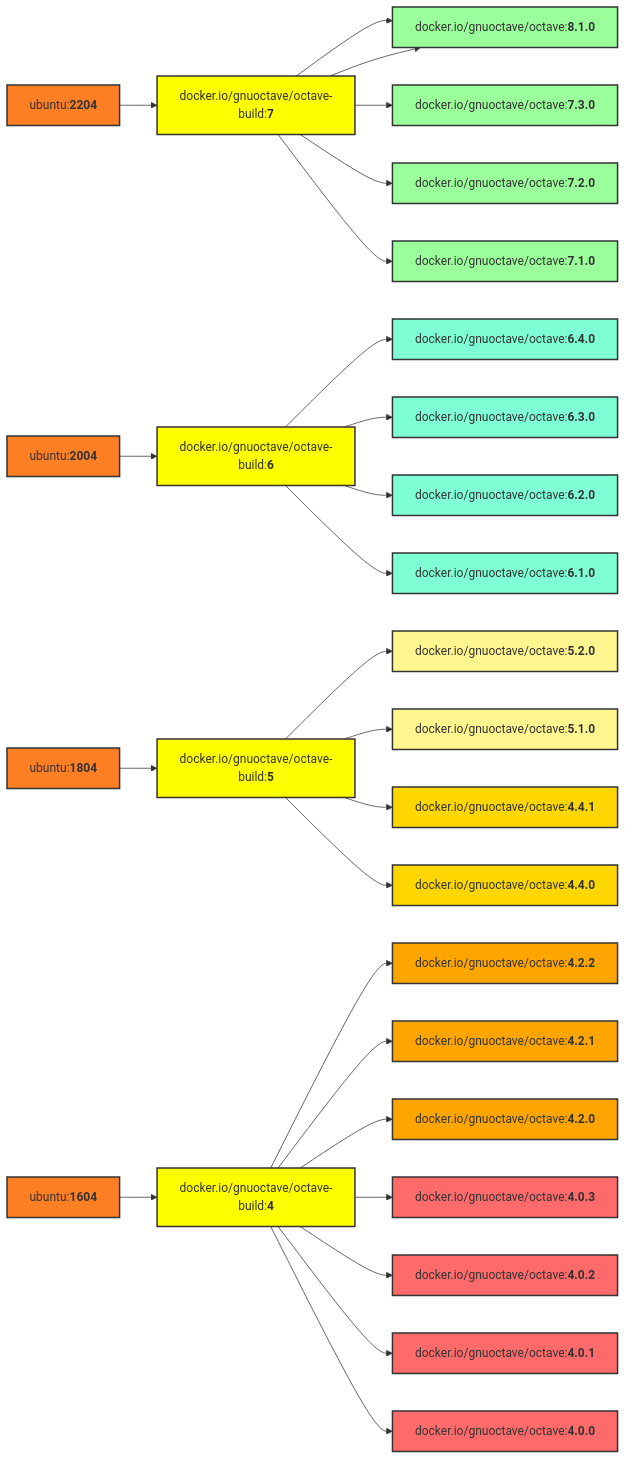
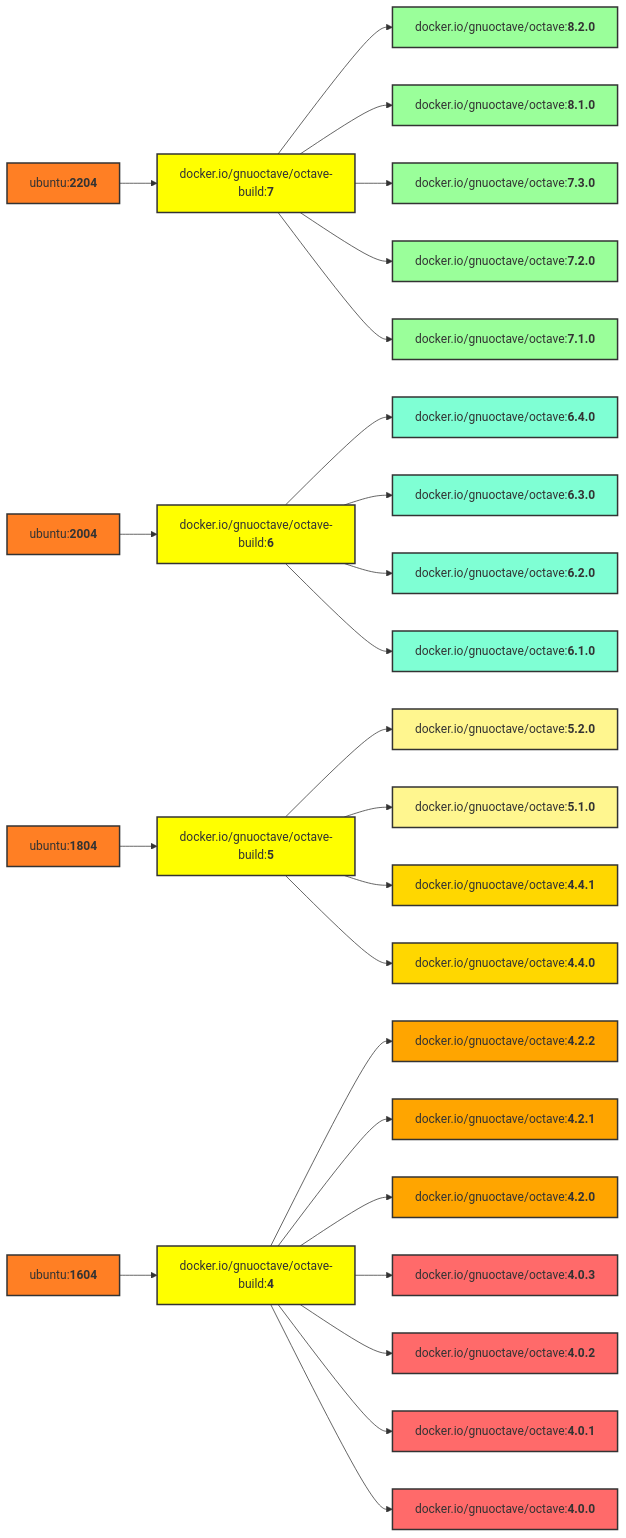
The diagram in README.md (gnu-octave/docker), drawn with Mermaid before and after one commit.

Commit message:
Fix typo in the flowchart

````diff
--- a/README.md
+++ b/README.md
@@ -85,63 +85,63 @@
 ```mermaid
 graph LR
     U4[ubuntu:<b>2204</b>] --> b7[docker.io/gnuoctave/octave-build:<b>7</b>];
     U3[ubuntu:<b>2004</b>] --> b6[docker.io/gnuoctave/octave-build:<b>6</b>];
     U2[ubuntu:<b>1804</b>] --> b5[docker.io/gnuoctave/octave-build:<b>5</b>];
     U1[ubuntu:<b>1604</b>] --> b4[docker.io/gnuoctave/octave-build:<b>4</b>];
-    b7 --> v810[docker.io/gnuoctave/octave:<b>8.2.0</b>];
+    b7 --> v820[docker.io/gnuoctave/octave:<b>8.2.0</b>];
     b7 --> v810[docker.io/gnuoctave/octave:<b>8.1.0</b>];
     b7 --> v730[docker.io/gnuoctave/octave:<b>7.3.0</b>];
     b7 --> v720[docker.io/gnuoctave/octave:<b>7.2.0</b>];
     b7 --> v710[docker.io/gnuoctave/octave:<b>7.1.0</b>];
     b6 --> v640[docker.io/gnuoctave/octave:<b>6.4.0</b>];
     b6 --> v630[docker.io/gnuoctave/octave:<b>6.3.0</b>];
     b6 --> v620[docker.io/gnuoctave/octave:<b>6.2.0</b>];
     b6 --> v610[docker.io/gnuoctave/octave:<b>6.1.0</b>];
     b5 --> v520[docker.io/gnuoctave/octave:<b>5.2.0</b>];
     b5 --> v510[docker.io/gnuoctave/octave:<b>5.1.0</b>];
     b5 --> v441[docker.io/gnuoctave/octave:<b>4.4.1</b>];
     b5 --> v440[docker.io/gnuoctave/octave:<b>4.4.0</b>];
     b4 --> v422[docker.io/gnuoctave/octave:<b>4.2.2</b>];
     b4 --> v421[docker.io/gnuoctave/octave:<b>4.2.1</b>];
     b4 --> v420[docker.io/gnuoctave/octave:<b>4.2.0</b>];
     b4 --> v403[docker.io/gnuoctave/octave:<b>4.0.3</b>];
     b4 --> v402[docker.io/gnuoctave/octave:<b>4.0.2</b>];
     b4 --> v401[docker.io/gnuoctave/octave:<b>4.0.1</b>];
     b4 --> v400[docker.io/gnuoctave/octave:<b>4.0.0</b>];
     classDef U fill:#ff7f24,stroke:#333,stroke-width:2px;
     class U1 U;
     class U2 U;
     class U3 U;
     class U4 U;
     classDef b fill:#ff0,stroke:#333,stroke-width:2px;
     class b4 b;
     class b5 b;
     class b6 b;
     class b7 b;
     classDef age1 fill:#9aff9a,stroke:#333,stroke-width:2px;
     classDef age2 fill:#7fffd4,stroke:#333,stroke-width:2px;
     classDef age3 fill:#fff68f,stroke:#333,stroke-width:2px;
     classDef age4 fill:#ffd700,stroke:#333,stroke-width:2px;
     classDef age5 fill:#ffa500,stroke:#333,stroke-width:2px;
     classDef age6 fill:#ff6a6a,stroke:#333,stroke-width:2px;
     class v820 age1;
     class v810 age1;
     class v730 age1;
     class v720 age1;
     class v710 age1;
     class v640 age2;
     class v630 age2;
     class v620 age2;
     class v610 age2;
     class v520 age3;
     class v510 age3;
     class v441 age4;
     class v440 age4;
     class v422 age5;
     class v421 age5;
     class v420 age5;
     class v403 age6;
     class v402 age6;
     class v401 age6;
     class v400 age6;
 ```
````
